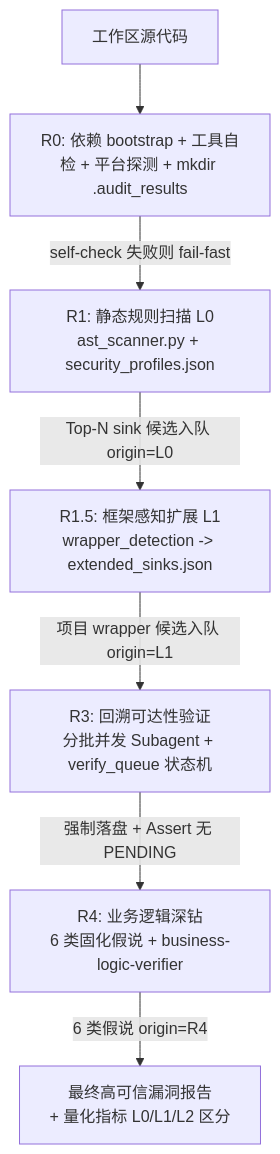
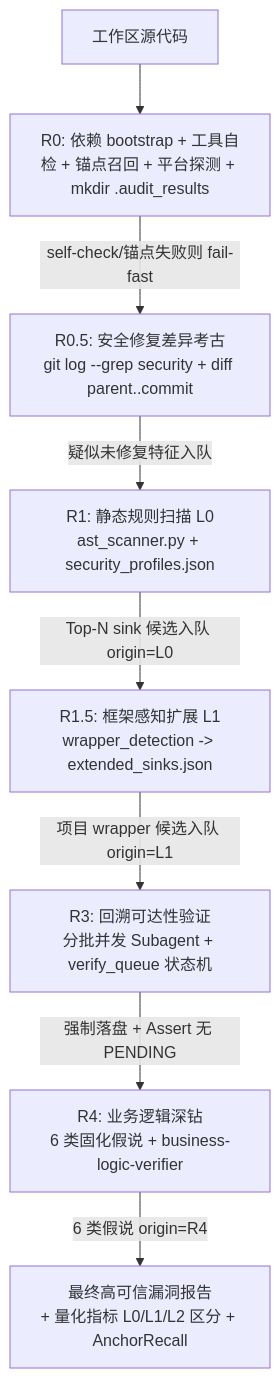
Before and after one commit to diandiandia/reachable-critical-audit: the diagram in SYSTEM_DESIGN.md, drawn with Mermaid. The commit also changed other lines of this file and 9 other files, not shown here.

First line of the commit message:
v2.1: anchor recall self-check + R0.5 diff archaeology + LOGIC_PATTERN + PHP CWE-98 + extractor fixes

````diff
--- a/SYSTEM_DESIGN.md
+++ b/SYSTEM_DESIGN.md
@@ -27,17 +34,19 @@
 ```mermaid
 graph TD
     A[工作区源代码]
-    R0[R0: 依赖 bootstrap + 工具自检 + 平台探测 + mkdir .audit_results]
+    R0[R0: 依赖 bootstrap + 工具自检 + 锚点召回 + 平台探测 + mkdir .audit_results]
+    R05[R0.5: 安全修复差异考古<br/>git log --grep security + diff parent..commit]
     R1[R1: 静态规则扫描 L0<br/>ast_scanner.py + security_profiles.json]
     R15[R1.5: 框架感知扩展 L1<br/>wrapper_detection -> extended_sinks.json]
     R3[R3: 回溯可达性验证<br/>分批并发 Subagent + verify_queue 状态机]
     R4[R4: 业务逻辑深钻<br/>6 类固化假说 + business-logic-verifier]
-    RPT[最终高可信漏洞报告<br/>+ 量化指标 L0/L1/L2 区分]
+    RPT[最终高可信漏洞报告<br/>+ 量化指标 L0/L1/L2 区分 + AnchorRecall]
 
     A --> R0
-    R0 -->|self-check 失败则 fail-fast| R1
+    R0 -->|self-check/锚点失败则 fail-fast| R05
+    R05 -->|疑似未修复特征入队| R1
     R1 -->|Top-N sink 候选入队 origin=L0| R15
     R15 -->|项目 wrapper 候选入队 origin=L1| R3
     R3 -->|强制落盘 + Assert 无 PENDING| R4
     R4 -->|6 类假说 origin=R4| RPT
 ```
````
